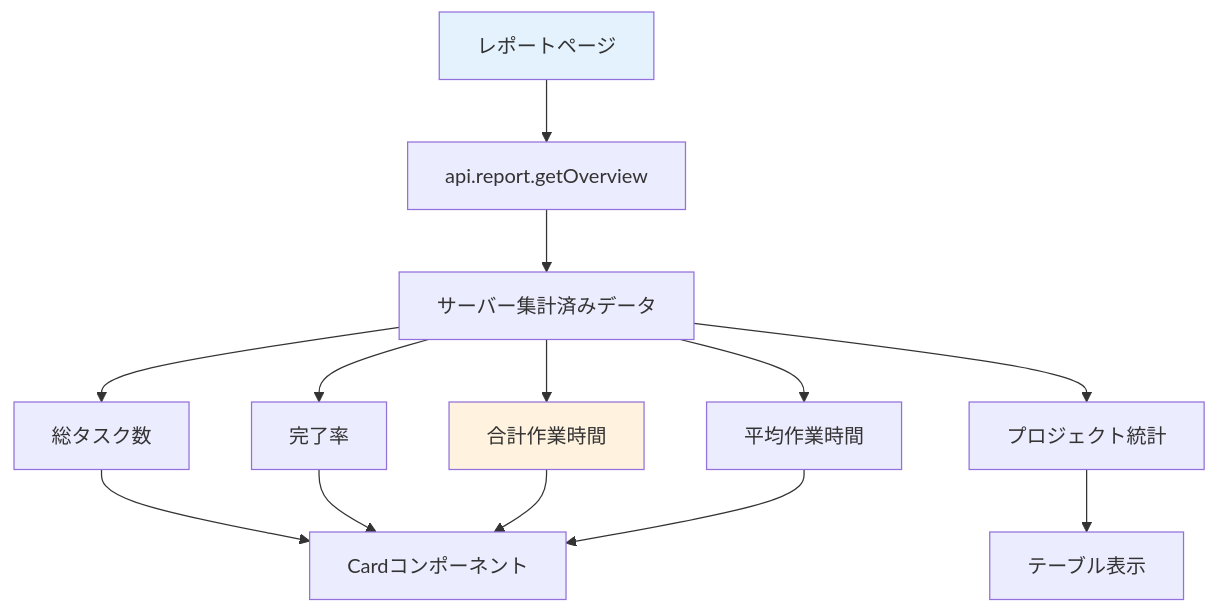
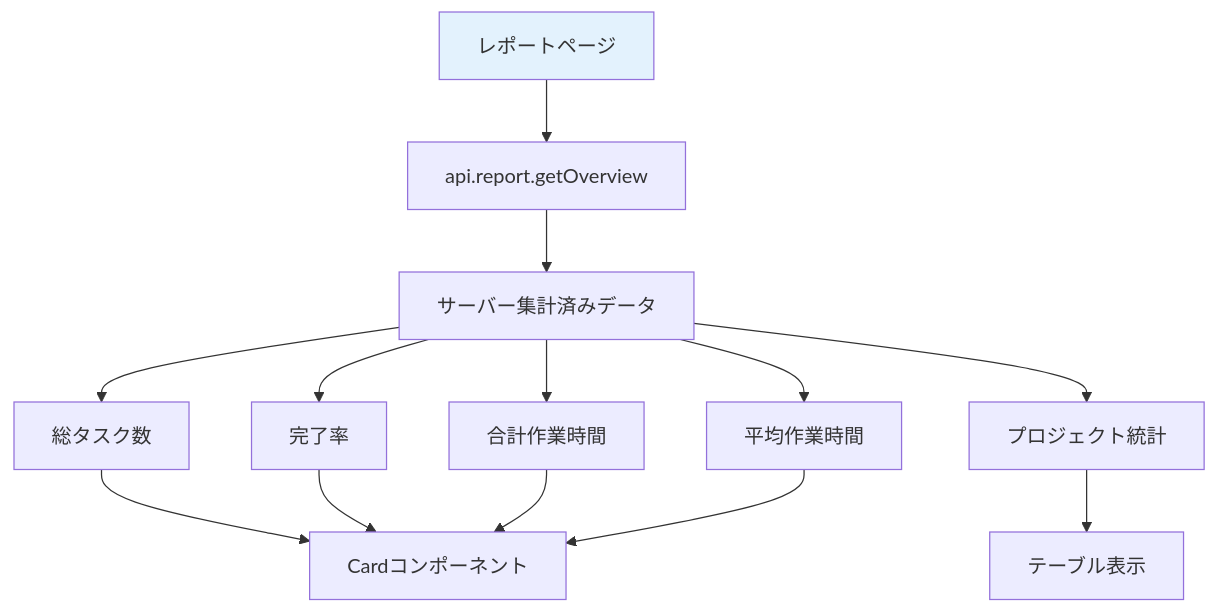
Before and after one commit to kouiso/task-app: the first of 2 diagrams in material/30days-curriculum/day21_統計カードを表示.md, drawn with Mermaid. The commit also changed other lines of this file and 264 other files, not shown here.

````diff
--- a/material/30days-curriculum/day21_統計カードを表示.md
+++ b/material/30days-curriculum/day21_統計カードを表示.md
@@ -47,18 +47,17 @@
 ```mermaid
 flowchart TD
     A[レポートページ] --> B[api.report.getOverview]
     B --> C[サーバー集計済みデータ]
     C --> D[総タスク数]
     C --> E[完了率]
     C --> F[合計作業時間]
     C --> G[平均作業時間]
     C --> H[プロジェクト統計]
     D --> I[Cardコンポーネント]
     E --> I
     F --> I
     G --> I
     H --> J[テーブル表示]
 
     style A fill:#e3f2fd
-    style F fill:#fff3e0
 ```
````
